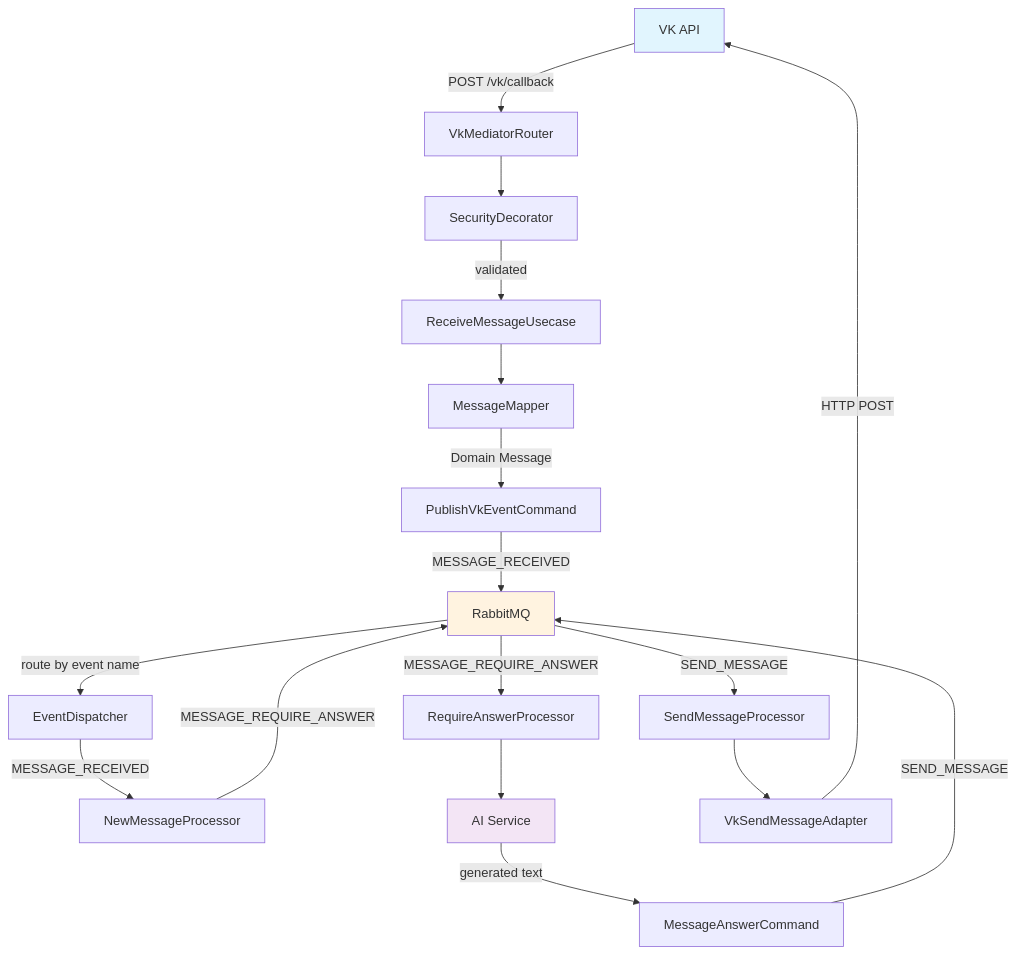
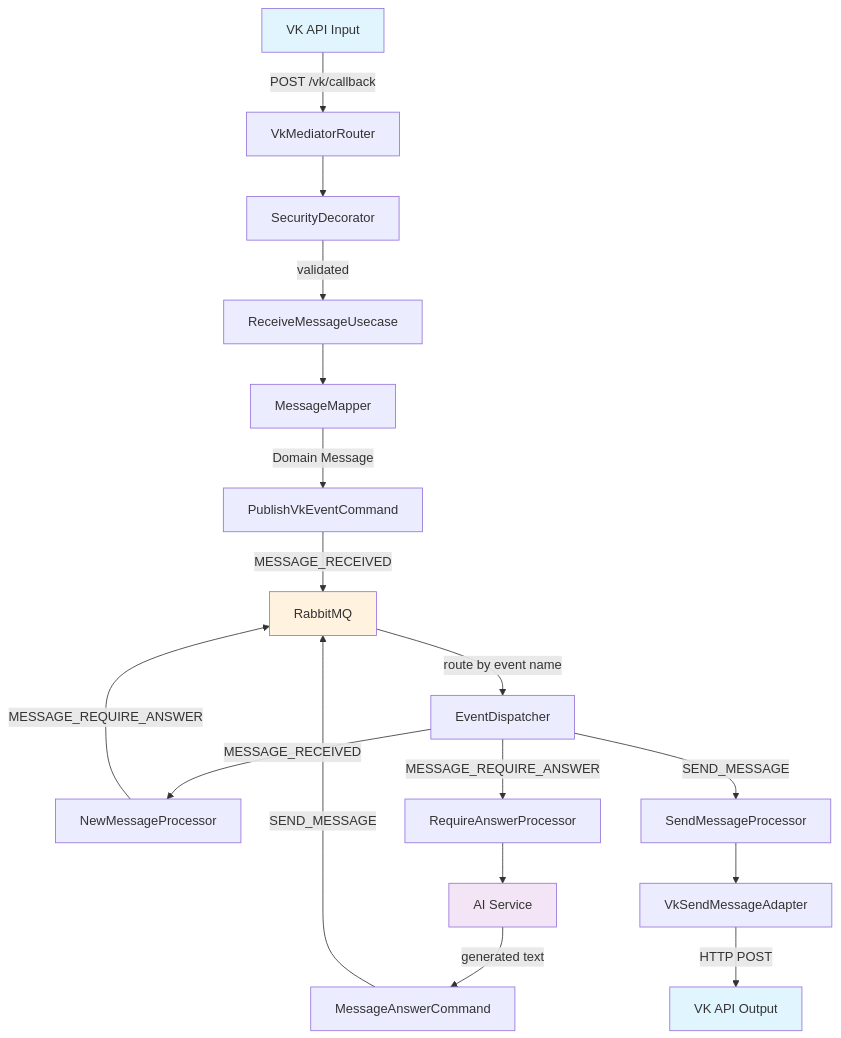
The first of 2 diagrams in docs/architecture/data-flow.md (MaximenkovAnton/vkbot), drawn with Mermaid before and after one commit. The commit also changed 1 other file, not shown here.

Commit message:
docs minor fixes

````diff
--- a/docs/architecture/data-flow.md
+++ b/docs/architecture/data-flow.md
@@ -7,26 +7,27 @@
 ```mermaid
 flowchart TD
-    VK[VK API] -->|POST /vk/callback| Router[VkMediatorRouter]
+    VK_IN[VK API Input] -->|POST /vk/callback| Router[VkMediatorRouter]
     Router --> Security[SecurityDecorator]
     Security -->|validated| UseCase[ReceiveMessageUsecase]
     UseCase --> Mapper[MessageMapper]
     Mapper -->|Domain Message| Publisher[PublishVkEventCommand]
     Publisher -->|MESSAGE_RECEIVED| MQ[RabbitMQ]
     
     MQ -->|route by event name| Dispatcher[EventDispatcher]
     Dispatcher -->|MESSAGE_RECEIVED| NewMsg[NewMessageProcessor]
     NewMsg -->|MESSAGE_REQUIRE_ANSWER| MQ
     
-    MQ -->|MESSAGE_REQUIRE_ANSWER| RequireAnswer[RequireAnswerProcessor]
+    Dispatcher -->|MESSAGE_REQUIRE_ANSWER| RequireAnswer[RequireAnswerProcessor]
     RequireAnswer --> AI[AI Service]
     AI -->|generated text| Command[MessageAnswerCommand]
     Command -->|SEND_MESSAGE| MQ
     
-    MQ -->|SEND_MESSAGE| SendProcessor[SendMessageProcessor]
+    Dispatcher -->|SEND_MESSAGE| SendProcessor[SendMessageProcessor]
     SendProcessor --> VkFacade[VkSendMessageAdapter]
-    VkFacade -->|HTTP POST| VK
+    VkFacade -->|HTTP POST| VK_OUT[VK API Output]
     
-    style VK fill:#e1f5fe
+    style VK_IN fill:#e1f5fe
+    style VK_OUT fill:#e1f5ff
     style MQ fill:#fff3e0
     style AI fill:#f3e5f5
 ```
````
